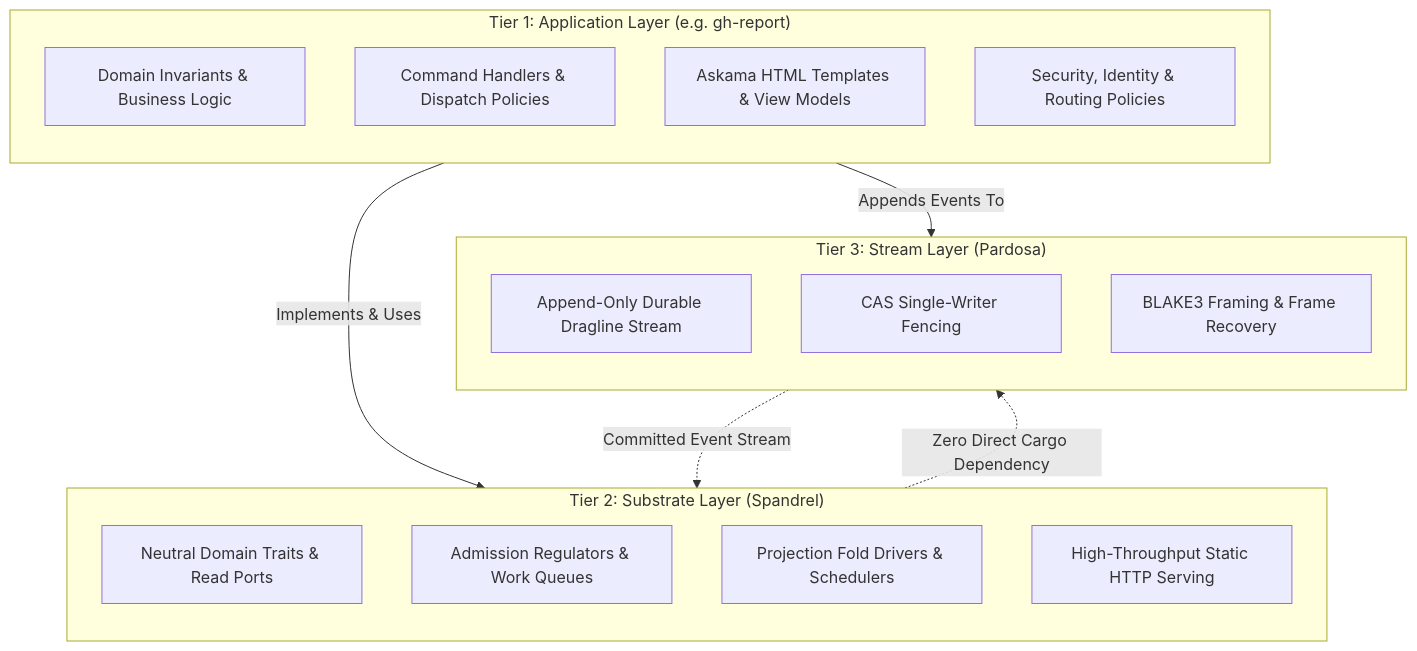
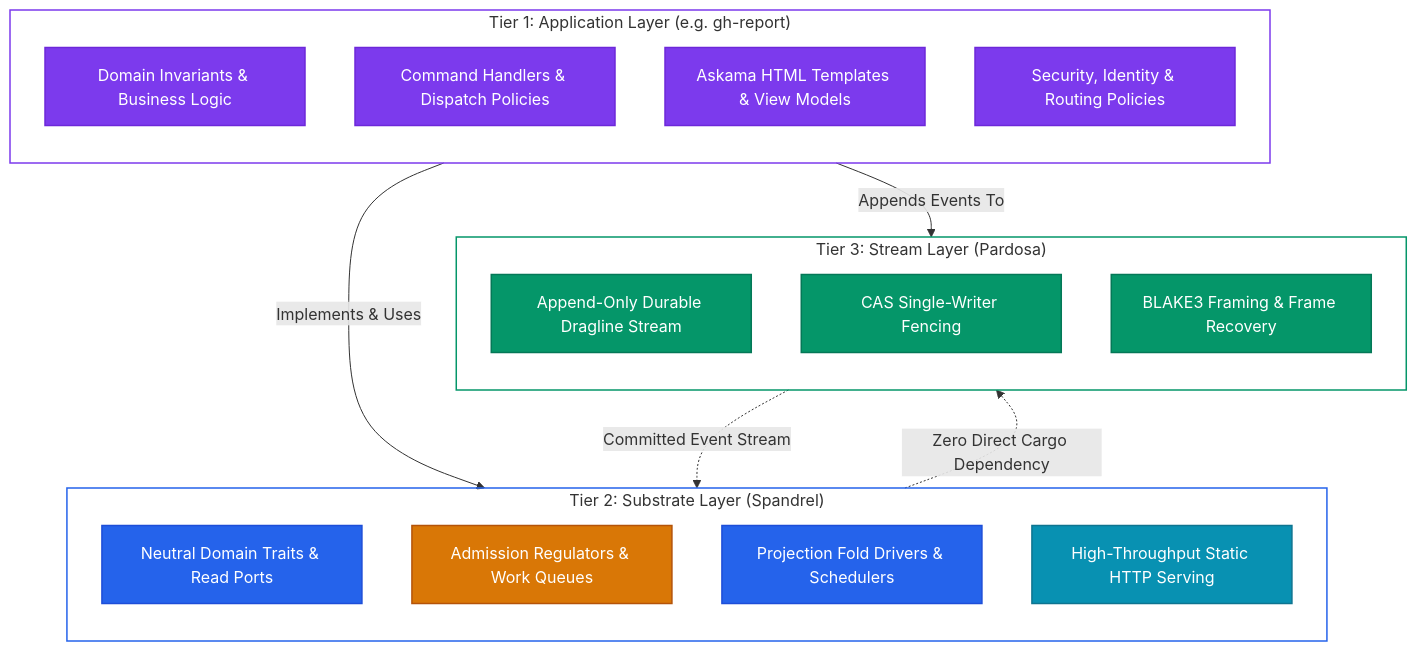
One commit to acje/acje.github.io changed the second of 4 diagrams in content/projects/spandrel/index.md. Above: the diagram before and after it, drawn with Mermaid. The commit also changed other lines of this file and 2 other files, not shown here.

Commit message:
Modernize and unify Mermaid diagram color schemes across project presentations

````diff
--- a/content/projects/spandrel/index.md
+++ b/content/projects/spandrel/index.md
@@ -68,30 +85,46 @@
 ```mermaid
 flowchart TD
     subgraph Tier1 ["Tier 1: Application Layer (e.g. gh-report)"]
         direction TB
         DOM["Domain Invariants & Business Logic"]
         CMD["Command Handlers & Dispatch Policies"]
         TEMPL["Askama HTML Templates & View Models"]
         AUTH["Security, Identity & Routing Policies"]
     end
 
     subgraph Tier2 ["Tier 2: Substrate Layer (Spandrel)"]
         direction TB
         TRAITS["Neutral Domain Traits & Read Ports"]
         REG["Admission Regulators & Work Queues"]
         DRV["Projection Fold Drivers & Schedulers"]
         HTTP["High-Throughput Static HTTP Serving"]
     end
 
     subgraph Tier3 ["Tier 3: Stream Layer (Pardosa)"]
         direction TB
         LOG["Append-Only Durable Dragline Stream"]
         FENCE["CAS Single-Writer Fencing"]
         INTEG["BLAKE3 Framing & Frame Recovery"]
     end
 
     Tier1 -->|Implements & Uses| Tier2
     Tier1 -->|Appends Events To| Tier3
     Tier2 -.->|Zero Direct Cargo Dependency| Tier3
     Tier3 -.->|Committed Event Stream| Tier2
+
+    classDef purple fill:#7c3aed,stroke:#6d28d9,stroke-width:1.5px,color:#ffffff
+    classDef blue fill:#2563eb,stroke:#1d4ed8,stroke-width:1.5px,color:#ffffff
+    classDef amber fill:#d97706,stroke:#b45309,stroke-width:1.5px,color:#ffffff
+    classDef cyan fill:#0891b2,stroke:#0e7490,stroke-width:1.5px,color:#ffffff
+    classDef green fill:#059669,stroke:#047857,stroke-width:1.5px,color:#ffffff
+
+    class DOM,CMD,TEMPL,AUTH purple
+    class TRAITS,DRV blue
+    class REG amber
+    class HTTP cyan
+    class LOG,FENCE,INTEG green
+
+    style Tier1 fill:transparent,stroke:#7c3aed,stroke-width:1.5px
+    style Tier2 fill:transparent,stroke:#2563eb,stroke-width:1.5px
+    style Tier3 fill:transparent,stroke:#059669,stroke-width:1.5px
 ```
````
